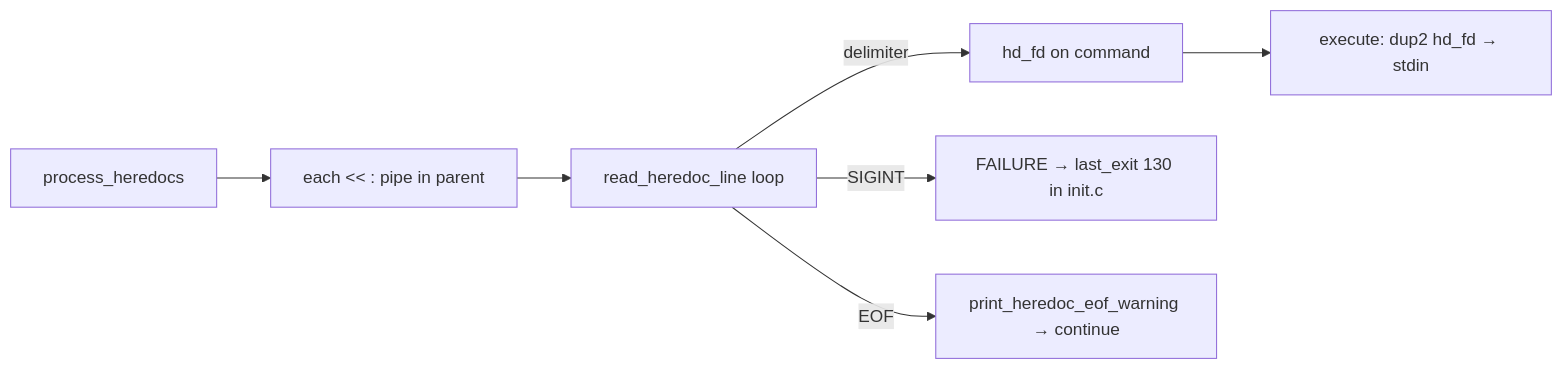
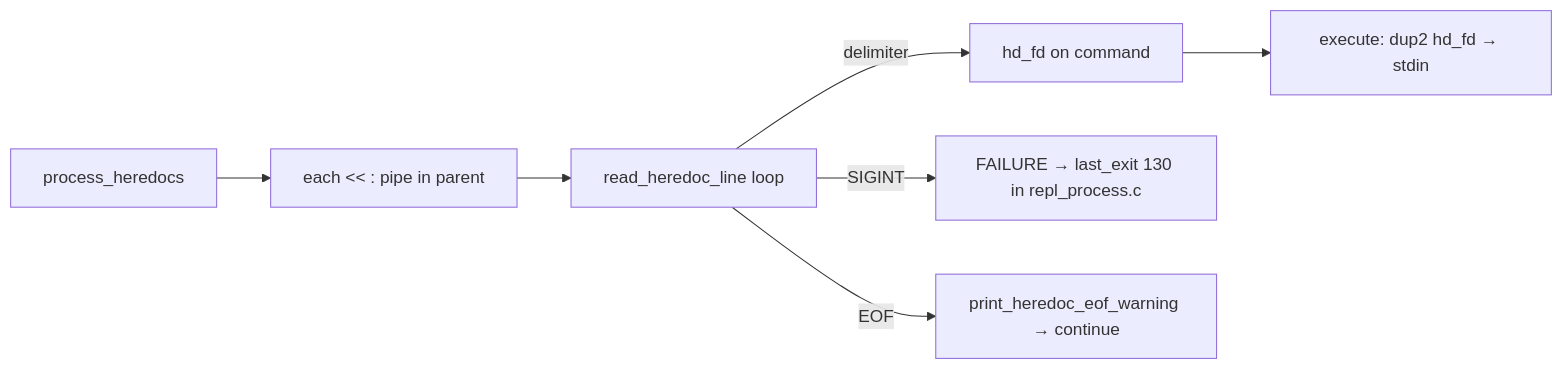
One commit to gkhavari/minishell changed the tenth of 14 diagrams in docs/MINISHELL_ARCHITECTURE.md. Above: the diagram before and after it, drawn with Mermaid. The commit also changed other lines of this file and 11 other files, not shown here.

````diff
--- a/docs/MINISHELL_ARCHITECTURE.md
+++ b/docs/MINISHELL_ARCHITECTURE.md
@@ -739,9 +740,9 @@
 ```mermaid
 flowchart LR
     PH[process_heredocs] --> E[each << : pipe in parent]
     E --> L[read_heredoc_line loop]
     L -->|delimiter| F["hd_fd on command"]
-    L -->|SIGINT| X[FAILURE → last_exit 130 in init.c]
+    L -->|SIGINT| X[FAILURE → last_exit 130 in repl_process.c]
     L -->|EOF| W[print_heredoc_eof_warning → continue]
     F --> EX[execute: dup2 hd_fd → stdin]
 ```
````
